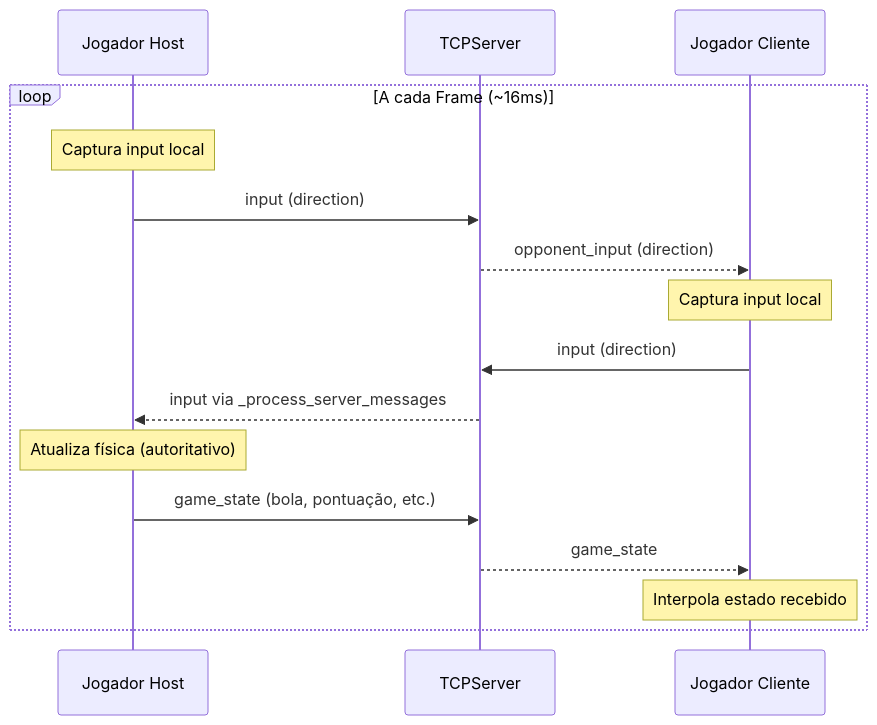
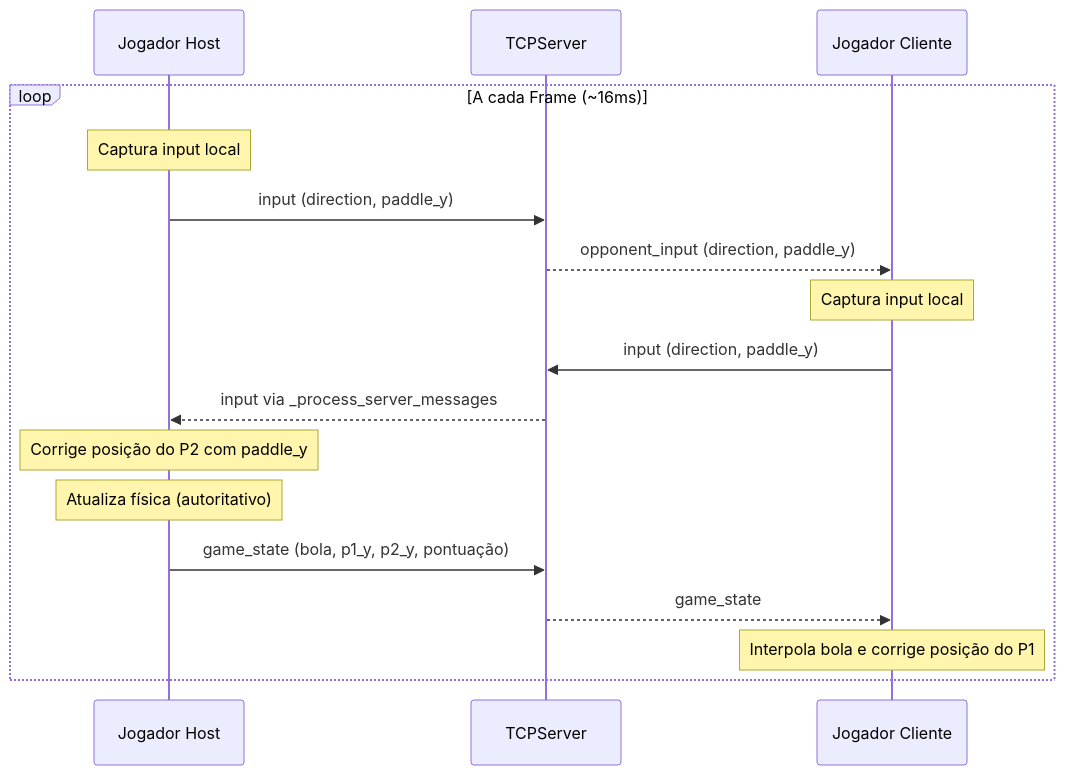
One commit to AlequeCic/Ultra-Pong changed the eighth of 10 diagrams in docs/NETWORK_DOCUMENTATION.md. Above: the diagram before and after it, drawn with Mermaid. The commit also changed other lines of this file and 2 other files, not shown here.

Commit message:
feat: Implementa manipulador de rede e sincronização do jogo para entrada do jogador, estado do jogo e funcionalidade de pausa.

````diff
--- a/docs/NETWORK_DOCUMENTATION.md
+++ b/docs/NETWORK_DOCUMENTATION.md
@@ -494,22 +503,23 @@
 ```mermaid
 sequenceDiagram
     participant P1 as Jogador Host
     participant Server as TCPServer
     participant P2 as Jogador Cliente
     
     loop A cada Frame (~16ms)
         Note over P1: Captura input local
-        P1->>Server: input (direction)
-        Server-->>P2: opponent_input (direction)
+        P1->>Server: input (direction, paddle_y)
+        Server-->>P2: opponent_input (direction, paddle_y)
         
         Note over P2: Captura input local  
-        P2->>Server: input (direction)
+        P2->>Server: input (direction, paddle_y)
         Server-->>P1: input via _process_server_messages
+        Note over P1: Corrige posição do P2 com paddle_y
         
         Note over P1: Atualiza física (autoritativo)
-        P1->>Server: game_state (bola, pontuação, etc.)
+        P1->>Server: game_state (bola, p1_y, p2_y, pontuação)
         Server-->>P2: game_state
         
-        Note over P2: Interpola estado recebido
+        Note over P2: Interpola bola e corrige posição do P1
     end
 ```
````
